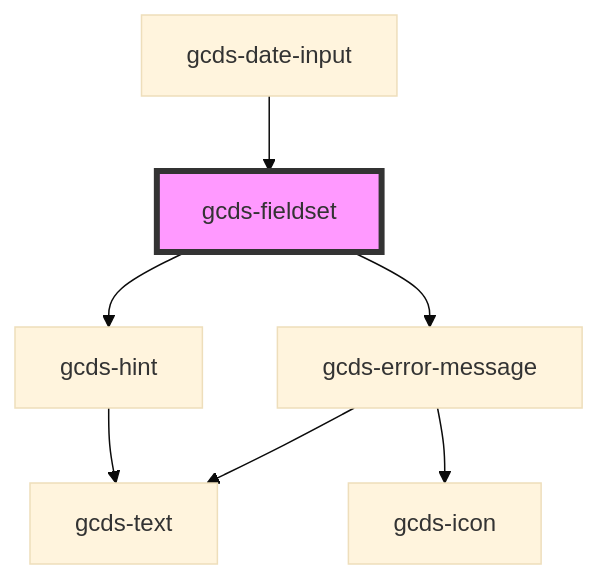
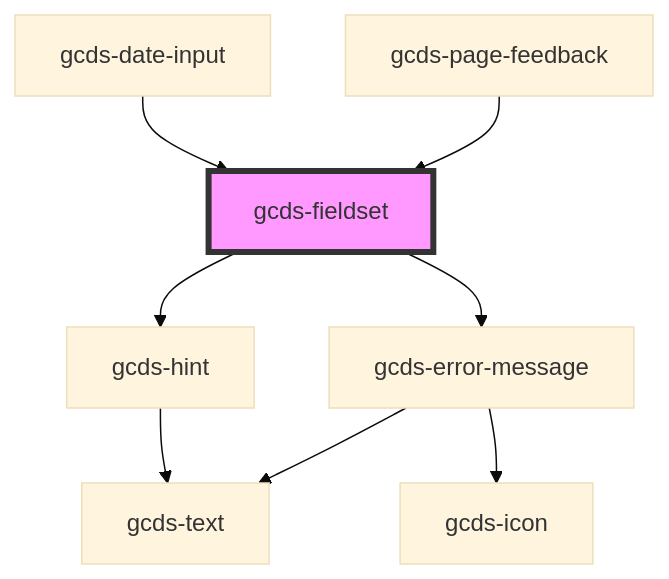
The diagram in packages/web/src/components/gcds-fieldset/readme.md (cds-snc/gcds-components), drawn with Mermaid (base theme) before and after one commit. The commit also changed other lines of this file and 23 other files, not shown here.

Commit message:
feat: gcds-page-feedback - Initial commit

````diff
--- a/packages/web/src/components/gcds-fieldset/readme.md
+++ b/packages/web/src/components/gcds-fieldset/readme.md
@@ -57,10 +58,11 @@
 ```mermaid
 graph TD;
   gcds-fieldset --> gcds-hint
   gcds-fieldset --> gcds-error-message
   gcds-hint --> gcds-text
   gcds-error-message --> gcds-text
   gcds-error-message --> gcds-icon
   gcds-date-input --> gcds-fieldset
+  gcds-page-feedback --> gcds-fieldset
   style gcds-fieldset fill:#f9f,stroke:#333,stroke-width:4px
 ```
````
